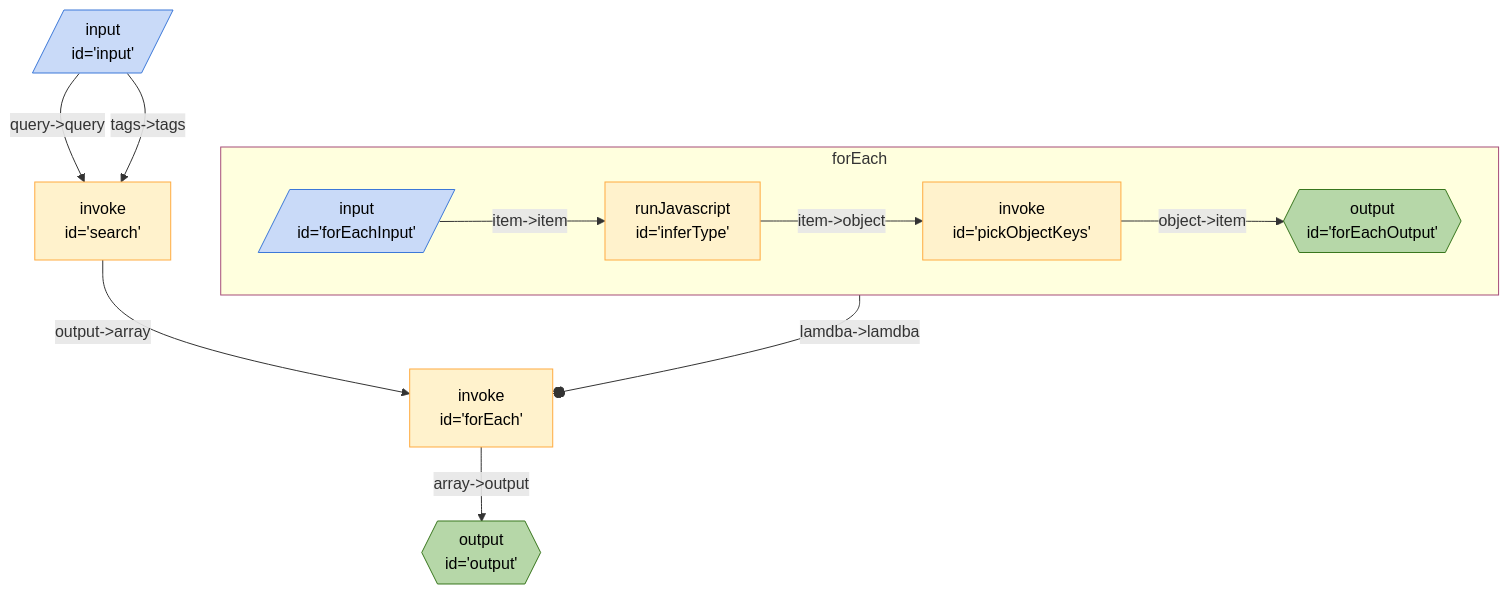
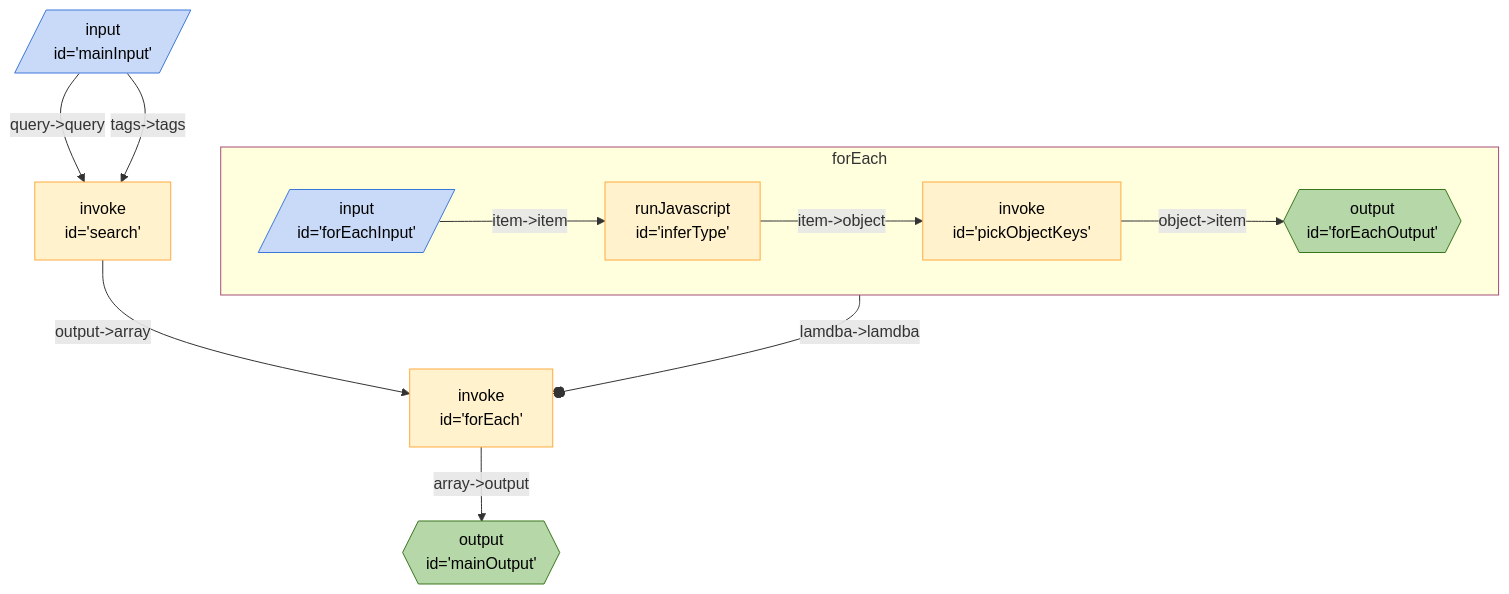
The diagram in content/projects/Breadboard/Phase 2/Simple Hacker News Search.md (ExaDev/exadev.github.io), drawn with Mermaid before and after one commit.

Commit message:
feat: Update mainOutput ID in Simple Hacker News Search
The commit updates the ID of the main output in the "Simple Hacker News Search" board from "output" to "mainOutput". This change ensures consistency and clarity in the code.

Affected file:
- content/projects/Breadboard/Phase 2/Simple Hacker News Search.md

````diff
--- a/content/projects/Breadboard/Phase 2/Simple Hacker News Search.md
+++ b/content/projects/Breadboard/Phase 2/Simple Hacker News Search.md
@@ -96,23 +96,23 @@
 ```mermaid
 %%{init: 'themeVariables': { 'fontFamily': 'Fira Code, monospace' }}%%
 graph TD;
-invoke63["invoke <br> id='forEach'"] -- "array->output" --> output62{{"output <br> id='output'"}}:::output
+invoke63["invoke <br> id='forEach'"] -- "array->output" --> output62{{"output <br> id='mainOutput'"}}:::output
 subgraph sg_invoke63 [forEach]
 invoke63_invoke5["invoke <br> id='pickObjectKeys'"] -- "object->item" --> invoke63_output4{{"output <br> id='forEachOutput'"}}:::output
 invoke63_fn6["runJavascript <br> id='inferType'"] -- "item->object" --> invoke63_invoke5["invoke <br> id='pickObjectKeys'"]
 invoke63_input3[/"input <br> id='forEachInput'"/]:::input -- "item->item" --> invoke63_fn6["runJavascript <br> id='inferType'"]
 end
 sg_invoke63:::slotted -- "lamdba->lamdba" --o invoke63
 
 invoke61["invoke <br> id='search'"] -- "output->array" --> invoke63["invoke <br> id='forEach'"]
-input60[/"input <br> id='input'"/]:::input -- "query->query" --> invoke61["invoke <br> id='search'"]
-input60[/"input <br> id='input'"/]:::input -- "tags->tags" --> invoke61["invoke <br> id='search'"]
+input60[/"input <br> id='mainInput'"/]:::input -- "query->query" --> invoke61["invoke <br> id='search'"]
+input60[/"input <br> id='mainInput'"/]:::input -- "tags->tags" --> invoke61["invoke <br> id='search'"]
 classDef default stroke:#ffab40,fill:#fff2ccff,color:#000
 classDef input stroke:#3c78d8,fill:#c9daf8ff,color:#000
 classDef output stroke:#38761d,fill:#b6d7a8ff,color:#000
 classDef passthrough stroke:#a64d79,fill:#ead1dcff,color:#000
 classDef slot stroke:#a64d79,fill:#ead1dcff,color:#000
 classDef config stroke:#a64d79,fill:#ead1dcff,color:#000
 classDef secrets stroke:#db4437,fill:#f4cccc,color:#000
 classDef slotted stroke:#a64d79
 ```
````
